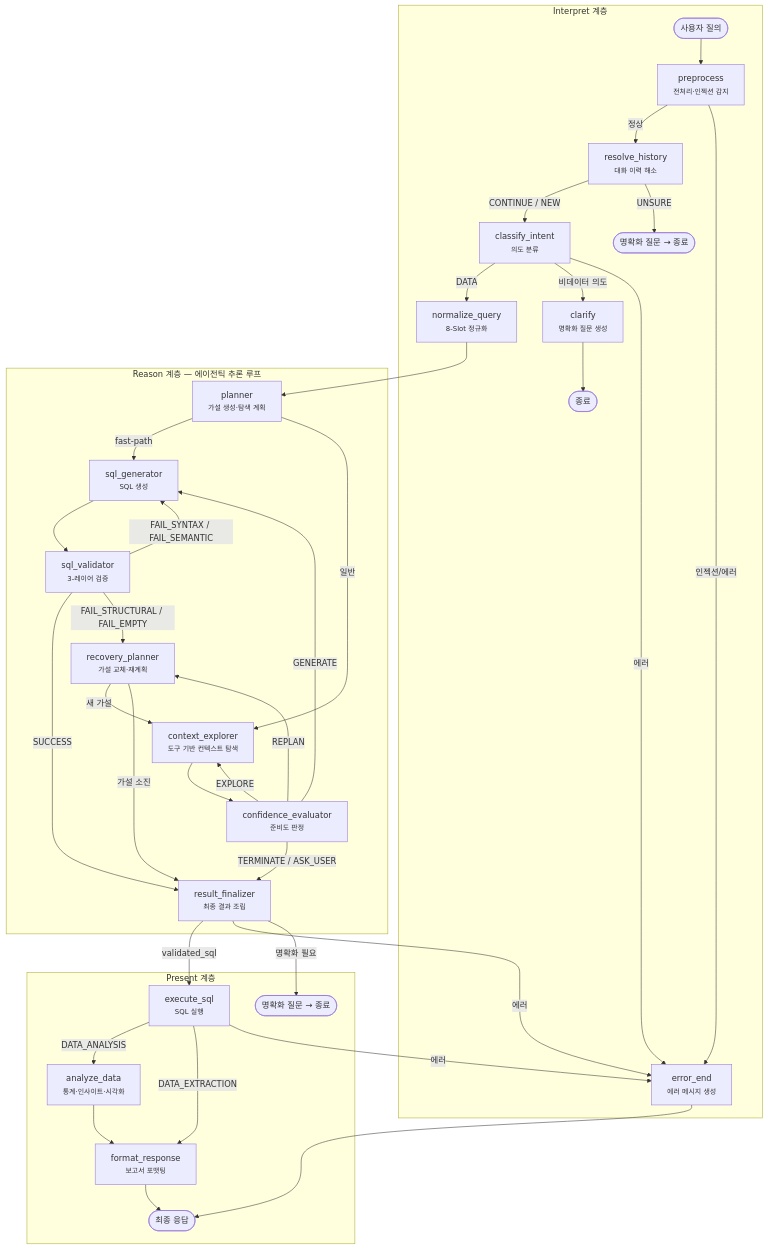
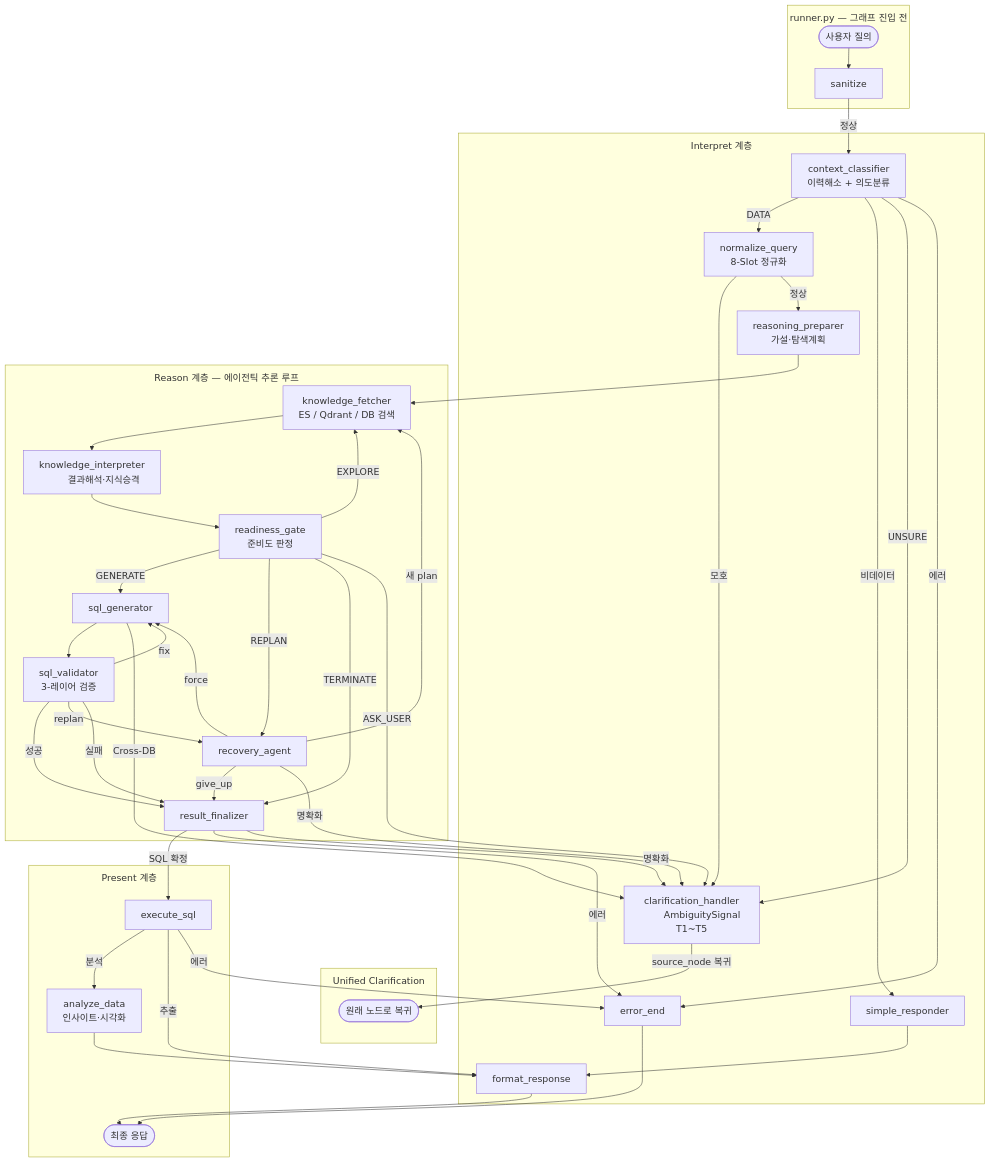
One commit to cheol-hee-han/data-copilot changed the first of 3 diagrams in docs/architecture/pipeline-architecture.md. Above: the diagram before and after it, drawn with Mermaid. The commit also changed other lines of this file and 254 other files, not shown here.

````diff
--- a/docs/architecture/pipeline-architecture.md
+++ b/docs/architecture/pipeline-architecture.md
@@ -34,44 +41,77 @@
 ```mermaid
+---
+config:
+  themeVariables:
+    fontSize: 18px
+  flowchart:
+    nodeSpacing: 50
+    rankSpacing: 40
+    subGraphTitleMargin:
+      top: 10
+      bottom: 10
+---
 flowchart TD
+    subgraph runner["runner.py — 그래프 진입 전"]
+        A([사용자 질의]) --> SAN[sanitize]
+    end
+
     subgraph interpret["Interpret 계층"]
-        A([사용자 질의]) --> B["preprocess<br/><small>전처리·인젝션 감지</small>"]
-        B -->|정상| R["resolve_history<br/><small>대화 이력 해소</small>"]
-        B -->|인젝션/에러| ERR
-        R -->|CONTINUE / NEW| C["classify_intent<br/><small>의도 분류</small>"]
-        R -->|UNSURE| END_R([명확화 질문 → 종료])
-        C -->|DATA| D["normalize_query<br/><small>8-Slot 정규화</small>"]
-        C -->|비데이터 의도| CLR["clarify<br/><small>명확화 질문 생성</small>"]
-        C -->|에러| ERR
-        CLR --> END_CLR([종료])
+        SAN -->|정상| CC["context_classifier
+        이력해소 + 의도분류"]
+        CC -->|DATA| NQ["normalize_query
+        8-Slot 정규화"]
+        CC -->|비데이터| SR[simple_responder]
+        CC -->|UNSURE| CLR
+        CC -->|에러| ERR
+        NQ -->|모호| CLR
+        NQ -->|정상| RP
+        SR --> FMT
+    end
+
+    subgraph clarify["Unified Clarification"]
+        CLR["clarification_handler
+        AmbiguitySignal T1~T5"]
+        CLR -->|source_node 복귀| RET(["원래 노드로 복귀"])
     end
 
     subgraph reason["Reason 계층 — 에이전틱 추론 루프"]
-        D --> P["planner<br/><small>가설 생성·탐색 계획</small>"]
-        P -->|fast-path| GEN
-        P -->|일반| EXP["context_explorer<br/><small>도구 기반 컨텍스트 탐색</small>"]
-        EXP --> EVAL["confidence_evaluator<br/><small>준비도 판정</small>"]
-        EVAL -->|EXPLORE| EXP
-        EVAL -->|GENERATE| GEN["sql_generator<br/><small>SQL 생성</small>"]
-        EVAL -->|REPLAN| REC["recovery_planner<br/><small>가설 교체·재계획</small>"]
-        EVAL -->|TERMINATE / ASK_USER| FIN
-        GEN --> VAL["sql_validator<br/><small>3-레이어 검증</small>"]
-        VAL -->|SUCCESS| FIN["result_finalizer<br/><small>최종 결과 조립</small>"]
-        VAL -->|FAIL_SYNTAX / FAIL_SEMANTIC| GEN
-        VAL -->|FAIL_STRUCTURAL / FAIL_EMPTY| REC
-        REC -->|새 가설| EXP
-        REC -->|가설 소진| FIN
+        RP["reasoning_preparer
+        가설·탐색계획"]
+        RP --> KF["knowledge_fetcher
+        ES / Qdrant / DB 검색"]
+        KF --> KI["knowledge_interpreter
+        결과해석·지식승격"]
+        KI --> RG["readiness_gate
+        준비도 판정"]
+        RG -->|EXPLORE| KF
+        RG -->|GENERATE| SG["sql_generator"]
+        RG -->|REPLAN| RA["recovery_agent"]
+        RG -->|TERMINATE| RF
+        RG -->|ASK_USER| CLR
+        SG --> SV["sql_validator
+        3-레이어 검증"]
+        SG -->|Cross-DB| CLR
+        SV -->|성공| RF["result_finalizer"]
+        SV -->|fix| SG
+        SV -->|replan| RA
+        SV -->|실패| RF
+        RA -->|새 plan| KF
+        RA -->|force| SG
+        RA -->|give_up| RF
+        RA -->|명확화| CLR
     end
 
     subgraph present["Present 계층"]
-        FIN -->|validated_sql| EXEC["execute_sql<br/><small>SQL 실행</small>"]
-        FIN -->|에러| ERR
-        FIN -->|명확화 필요| END_FIN_CLR([명확화 질문 → 종료])
-        EXEC -->|DATA_ANALYSIS| ANA["analyze_data<br/><small>통계·인사이트·시각화</small>"]
-        EXEC -->|DATA_EXTRACTION| FMT["format_response<br/><small>보고서 포맷팅</small>"]
+        RF -->|SQL 확정| EXEC[execute_sql]
+        RF -->|에러| ERR
+        RF -->|명확화| CLR
+        EXEC -->|분석| ANA["analyze_data
+        인사이트·시각화"]
+        EXEC -->|추출| FMT[format_response]
         EXEC -->|에러| ERR
         ANA --> FMT
         FMT --> END_OK([최종 응답])
     end
 
-    ERR["error_end<br/><small>에러 메시지 생성</small>"] --> END_OK
+    ERR[error_end] --> END_OK
 ```
````
